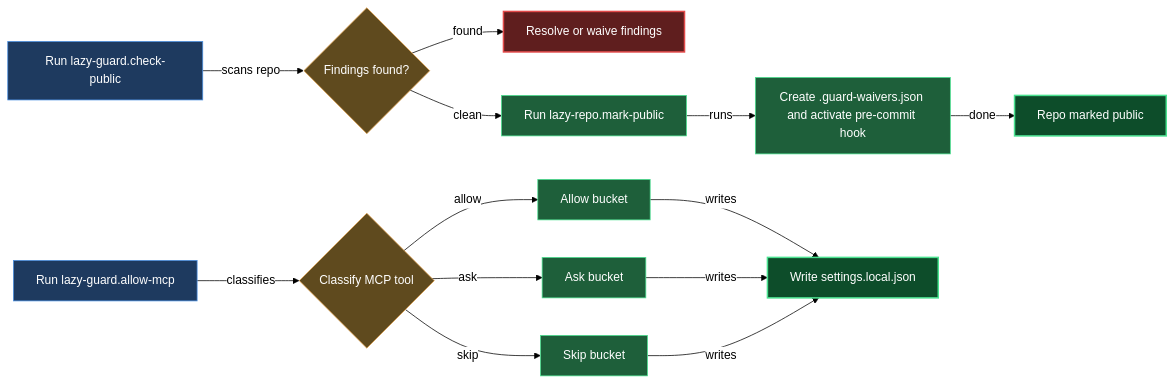
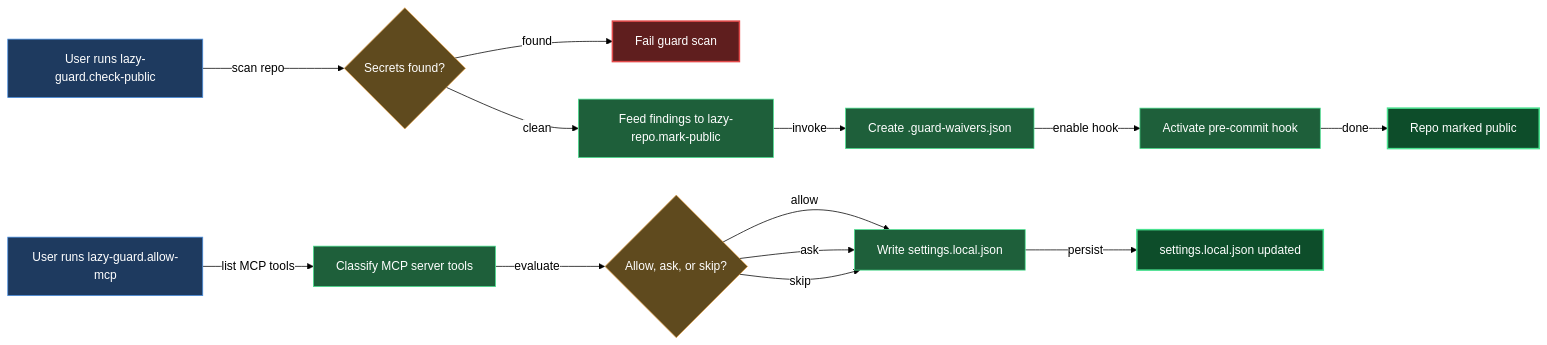
One commit to mebius-san/lazy-cortex changed the diagram in claude/lazycortex-core/help/guardian.md. Above: the diagram before and after it, drawn with Mermaid. The commit also changed other lines of this file and 37 other files, not shown here.

````diff
--- a/claude/lazycortex-core/help/guardian.md
+++ b/claude/lazycortex-core/help/guardian.md
@@ -60,48 +60,48 @@
 ```mermaid
 %%{init: {'themeVariables':{'background':'transparent','lineColor':'#000','textColor':'#000','edgeLabelBackground':'#fff'},'themeCSS':'.edgeLabel{background-color:transparent!important}.edgeLabel p{background-color:transparent!important}','flowchart':{'diagramPadding':5,'useMaxWidth':true}}}%%
 flowchart LR
-  checkPublicScan[Run lazy-guard.check-public]
-  findingsExist{Findings found?}
-  resolveFindings[Resolve or waive findings]
-  markPublicRun[Run lazy-repo.mark-public]
-  createWaiversAndHook[Create .guard-waivers.json and activate pre-commit hook]
-  repoPublic[Repo marked public]
-  allowMcpClassify[Run lazy-guard.allow-mcp]
-  classifyMcpTool{Classify MCP tool}
-  allowBucket[Allow bucket]
-  askBucket[Ask bucket]
-  skipBucket[Skip bucket]
+  userRunsCheckPublic[User runs lazy-guard.check-public]
+  secretsFound{Secrets found?}
+  failGuardScan[Fail guard scan]
+  feedFindingsToMarkPublic[Feed findings to lazy-repo.mark-public]
+  createWaiversFile[Create .guard-waivers.json]
+  activatePreCommitHook[Activate pre-commit hook]
+  repoMarkedPublic[Repo marked public]
+  userRunsAllowMcp[User runs lazy-guard.allow-mcp]
+  classifyMcpTools[Classify MCP server tools]
+  bucketDecision{Allow, ask, or skip?}
   writeSettingsLocal[Write settings.local.json]
+  settingsUpdated[settings.local.json updated]
 
-  checkPublicScan -->|scans repo| findingsExist
-  findingsExist -->|clean| markPublicRun
-  findingsExist -->|found| resolveFindings
-  markPublicRun -->|runs| createWaiversAndHook
-  createWaiversAndHook -->|done| repoPublic
-  allowMcpClassify -->|classifies| classifyMcpTool
-  classifyMcpTool -->|allow| allowBucket
-  classifyMcpTool -->|ask| askBucket
-  classifyMcpTool -->|skip| skipBucket
-  allowBucket -->|writes| writeSettingsLocal
-  askBucket -->|writes| writeSettingsLocal
-  skipBucket -->|writes| writeSettingsLocal
+  userRunsCheckPublic -->|scan repo| secretsFound
+  secretsFound -->|found| failGuardScan
+  secretsFound -->|clean| feedFindingsToMarkPublic
+  feedFindingsToMarkPublic -->|invoke| createWaiversFile
+  createWaiversFile -->|enable hook| activatePreCommitHook
+  activatePreCommitHook -->|done| repoMarkedPublic
+  userRunsAllowMcp -->|list MCP tools| classifyMcpTools
+  classifyMcpTools -->|evaluate| bucketDecision
+  bucketDecision -->|allow| writeSettingsLocal
+  bucketDecision -->|ask| writeSettingsLocal
+  bucketDecision -->|skip| writeSettingsLocal
+  writeSettingsLocal -->|persist| settingsUpdated
 
   classDef entry fill:#1e3a5f,stroke:#4a90e2,color:#fff
   classDef guard fill:#5f4a1e,stroke:#e2a14a,color:#fff
   classDef action fill:#1e5f3a,stroke:#4ae290,color:#fff
   classDef success fill:#0d4d2a,stroke:#4ae290,color:#fff,stroke-width:2px
   classDef error fill:#5f1e1e,stroke:#e24a4a,color:#fff,stroke-width:2px
 
-  class checkPublicScan entry
-  class allowMcpClassify entry
-  class findingsExist guard
-  class classifyMcpTool guard
-  class markPublicRun action
-  class createWaiversAndHook action
-  class allowBucket action
-  class askBucket action
-  class skipBucket action
-  class repoPublic success
-  class writeSettingsLocal success
-  class resolveFindings error
+  class userRunsCheckPublic entry
+  class userRunsAllowMcp entry
+  class secretsFound guard
+  class bucketDecision guard
+  class feedFindingsToMarkPublic action
+  class createWaiversFile action
+  class activatePreCommitHook action
+  class classifyMcpTools action
+  class writeSettingsLocal action
+  class repoMarkedPublic success
+  class settingsUpdated success
+  class failGuardScan error
 ```
````
